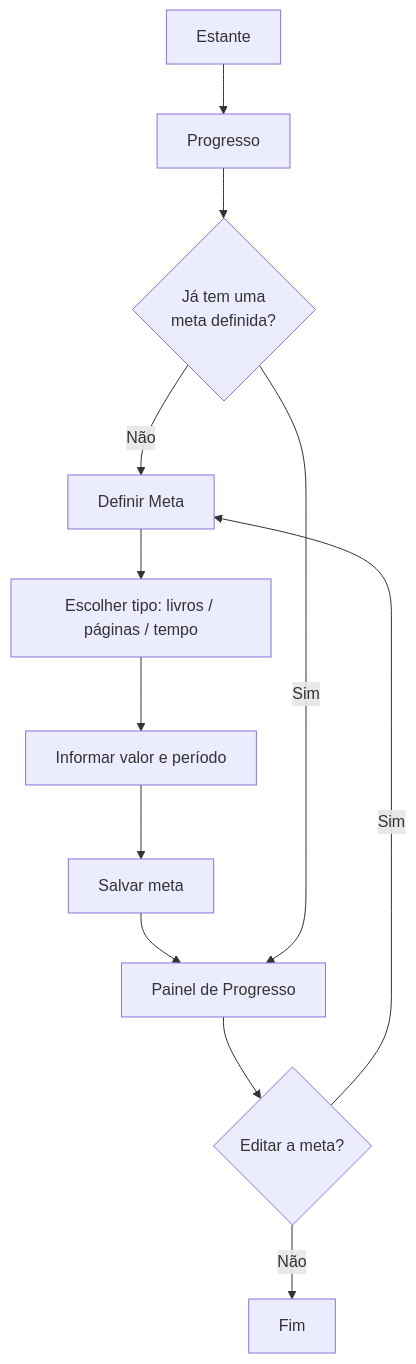
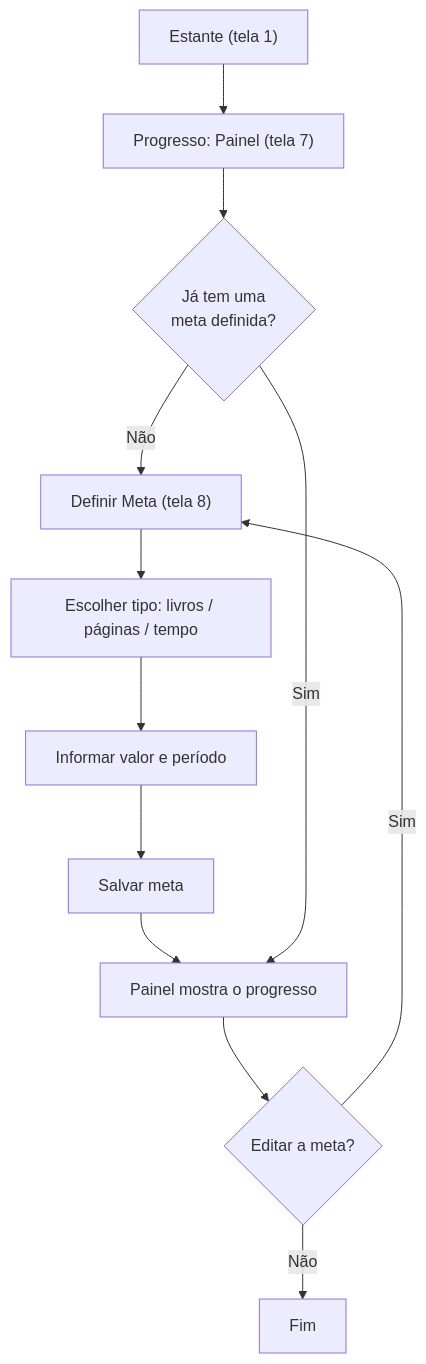
One commit to monyseandra/app-leitura changed the third of 5 diagrams in docs/8_arquitetura_fluxo.md. Above: the diagram before and after it, drawn with Mermaid. The commit also changed other lines of this file, not shown here.

````diff
--- a/docs/8_arquitetura_fluxo.md
+++ b/docs/8_arquitetura_fluxo.md
@@ -75,14 +111,14 @@
 ```mermaid
 graph TD
-    A[Estante] --> B[Progresso]
-    B --> C{Já tem uma<br/>meta definida?}
-    C -- Não --> D[Definir Meta]
-    D --> E[Escolher tipo: livros / páginas / tempo]
-    E --> F[Informar valor e período]
-    F --> G[Salvar meta]
-    G --> H[Painel de Progresso]
+    A["Estante (tela 1)"] --> B["Progresso: Painel (tela 7)"]
+    B --> C{"Já tem uma<br/>meta definida?"}
+    C -- Não --> D["Definir Meta (tela 8)"]
+    D --> E["Escolher tipo: livros / páginas / tempo"]
+    E --> F["Informar valor e período"]
+    F --> G["Salvar meta"]
+    G --> H["Painel mostra o progresso"]
     C -- Sim --> H
-    H --> I{Editar a meta?}
+    H --> I{"Editar a meta?"}
     I -- Sim --> D
-    I -- Não --> J[Fim]
+    I -- Não --> J["Fim"]
 ```
````
